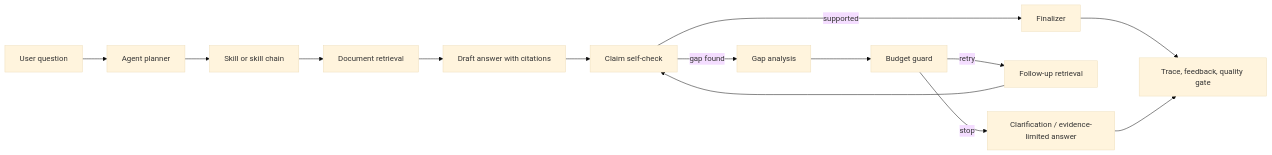
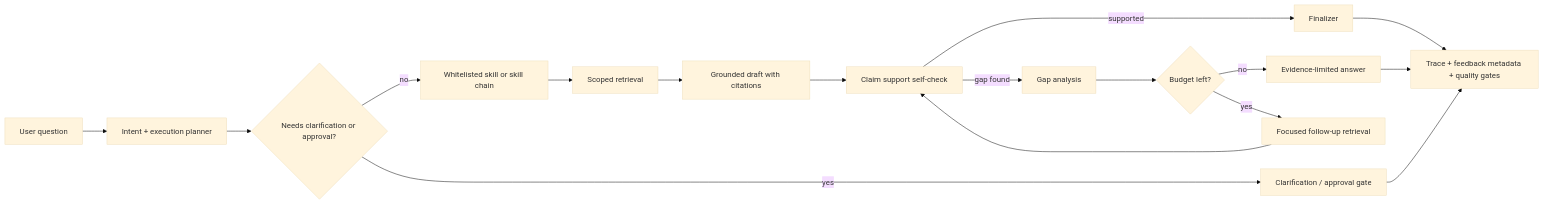
The second of 2 diagrams in README.md (luc1ferxx/Luc1ferxx_Archive_RAG), drawn with Mermaid (base theme) before and after one commit. The commit also changed other lines of this file, not shown here.

````diff
--- a/README.md
+++ b/README.md
@@ -50,16 +113,19 @@
 ```mermaid
 flowchart LR
-  U["User question"] --> P["Agent planner"]
-  P --> S["Skill or skill chain"]
-  S --> R["Document retrieval"]
-  R --> D["Draft answer with citations"]
-  D --> C["Claim self-check"]
-  C -->|supported| F["Finalizer"]
-  C -->|gap found| G["Gap analysis"]
-  G --> B["Budget guard"]
-  B -->|retry| R2["Follow-up retrieval"]
-  R2 --> C
-  B -->|stop| Q["Clarification / evidence-limited answer"]
-  F --> T["Trace, feedback, quality gate"]
-  Q --> T
+  Q["User question"] --> P["Intent + execution planner"]
+  P --> C{"Needs clarification or approval?"}
+  C -->|yes| G["Clarification / approval gate"]
+  C -->|no| S["Whitelisted skill or skill chain"]
+  S --> R["Scoped retrieval"]
+  R --> A["Grounded draft with citations"]
+  A --> V["Claim support self-check"]
+  V -->|supported| F["Finalizer"]
+  V -->|gap found| GP["Gap analysis"]
+  GP --> B{"Budget left?"}
+  B -->|yes| FR["Focused follow-up retrieval"]
+  FR --> V
+  B -->|no| L["Evidence-limited answer"]
+  F --> O["Trace + feedback metadata + quality gates"]
+  L --> O
+  G --> O
 ```
````
